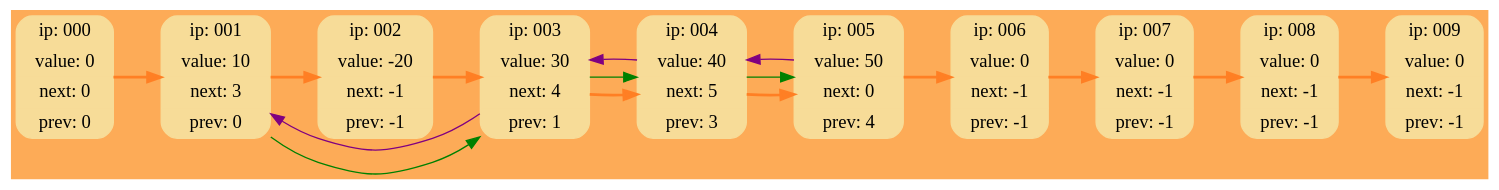
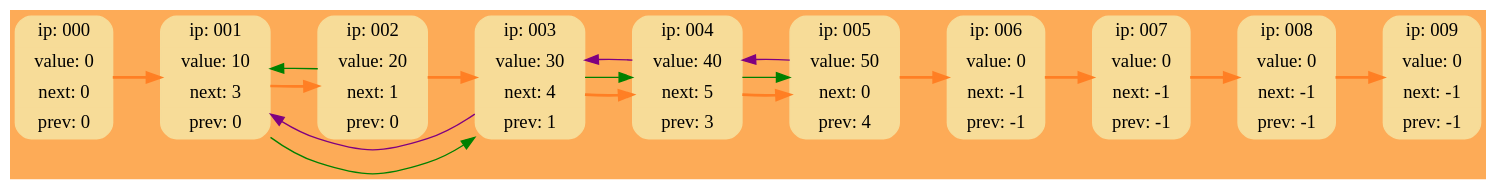
Before and after one commit to RTCupid/List: the diagram in DumpGraph.dot, drawn with Graphviz. The commit also changed 13 other files, not shown here.

```diff
--- a/DumpGraph.dot
+++ b/DumpGraph.dot
@@ -1,32 +1,33 @@
 digraph G {
 	rankdir = LR;
 	bgcolor="#FDAB57"
 	node000 [shape=Mrecord; style=filled; color="#F7DC98"; label = " { ip: 000} | {value:   0} | {next:   0} | {prev:   0} " ];
 	node001 [shape=Mrecord; style=filled; color="#F7DC98"; label = " { ip: 001} | {value:  10} | {next:   3} | {prev:   0} " ];
-	node002 [shape=Mrecord; style=filled; color="#F7DC98"; label = " { ip: 002} | {value: -20} | {next:  -1} | {prev:  -1} " ];
+	node002 [shape=Mrecord; style=filled; color="#F7DC98"; label = " { ip: 002} | {value:  20} | {next:   1} | {prev:   0} " ];
 	node003 [shape=Mrecord; style=filled; color="#F7DC98"; label = " { ip: 003} | {value:  30} | {next:   4} | {prev:   1} " ];
 	node004 [shape=Mrecord; style=filled; color="#F7DC98"; label = " { ip: 004} | {value:  40} | {next:   5} | {prev:   3} " ];
 	node005 [shape=Mrecord; style=filled; color="#F7DC98"; label = " { ip: 005} | {value:  50} | {next:   0} | {prev:   4} " ];
 	node006 [shape=Mrecord; style=filled; color="#F7DC98"; label = " { ip: 006} | {value:   0} | {next:  -1} | {prev:  -1} " ];
 	node007 [shape=Mrecord; style=filled; color="#F7DC98"; label = " { ip: 007} | {value:   0} | {next:  -1} | {prev:  -1} " ];
 	node008 [shape=Mrecord; style=filled; color="#F7DC98"; label = " { ip: 008} | {value:   0} | {next:  -1} | {prev:  -1} " ];
 	node009 [shape=Mrecord; style=filled; color="#F7DC98"; label = " { ip: 009} | {value:   0} | {next:  -1} | {prev:  -1} " ];
 
 	node000 -> node001 [style=bold; weight=1000; color=chocolate1; ];
 	node001 -> node002 [style=bold; weight=1000; color=chocolate1; ];
 	node002 -> node003 [style=bold; weight=1000; color=chocolate1; ];
 	node003 -> node004 [style=bold; weight=1000; color=chocolate1; ];
 	node004 -> node005 [style=bold; weight=1000; color=chocolate1; ];
 	node005 -> node006 [style=bold; weight=1000; color=chocolate1; ];
 	node006 -> node007 [style=bold; weight=1000; color=chocolate1; ];
 	node007 -> node008 [style=bold; weight=1000; color=chocolate1; ];
 	node008 -> node009 [style=bold; weight=1000; color=chocolate1; ];
 
 	node001 -> node003 [weight=0; color=green; ];
+	node002 -> node001 [weight=0; color=green; ];
 	node003 -> node004 [weight=0; color=green; ];
 	node004 -> node005 [weight=0; color=green; ];
 
 	node005 -> node004 [weight=0; color=purple; constraint=false; ];
 	node004 -> node003 [weight=0; color=purple; constraint=false; ];
 	node003 -> node001 [weight=0; color=purple; constraint=false; ];
 }
```
